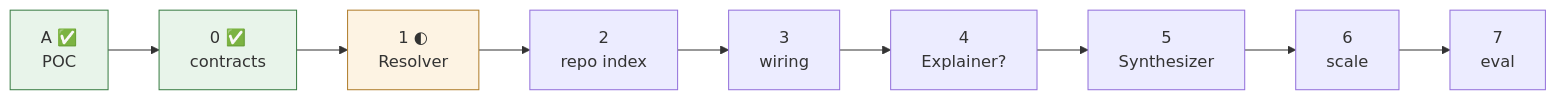
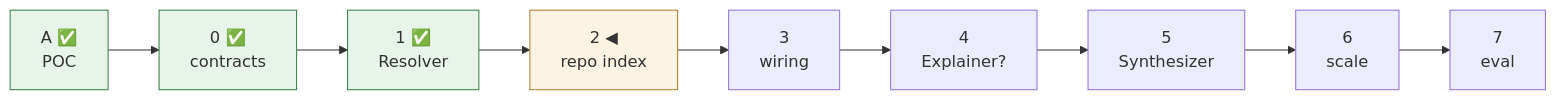
The fourth of 4 diagrams in ARCHITECTURE.md (RUI030/Code2Docs), drawn with Mermaid before and after one commit. The commit also changed other lines of this file and 2 other files, not shown here.

````diff
--- a/ARCHITECTURE.md
+++ b/ARCHITECTURE.md
@@ -165,7 +165,8 @@
 ```mermaid
 flowchart LR
-  PA["A ✅<br/>POC"] --> P0["0 ✅<br/>contracts"] --> P1["1 ◐<br/>Resolver"] --> P2["2<br/>repo index"] --> P3["3<br/>wiring"] --> P4["4<br/>Explainer?"] --> P5["5<br/>Synthesizer"] --> P6["6<br/>scale"] --> P7["7<br/>eval"]
+  PA["A ✅<br/>POC"] --> P0["0 ✅<br/>contracts"] --> P1["1 ✅<br/>Resolver"] --> P2["2 ◀<br/>repo index"] --> P3["3<br/>wiring"] --> P4["4<br/>Explainer?"] --> P5["5<br/>Synthesizer"] --> P6["6<br/>scale"] --> P7["7<br/>eval"]
   style PA fill:#e8f4ea,stroke:#3a7d44
   style P0 fill:#e8f4ea,stroke:#3a7d44
-  style P1 fill:#fdf3e3,stroke:#b07d2b
+  style P1 fill:#e8f4ea,stroke:#3a7d44
+  style P2 fill:#fdf3e3,stroke:#b07d2b
 ```
````
